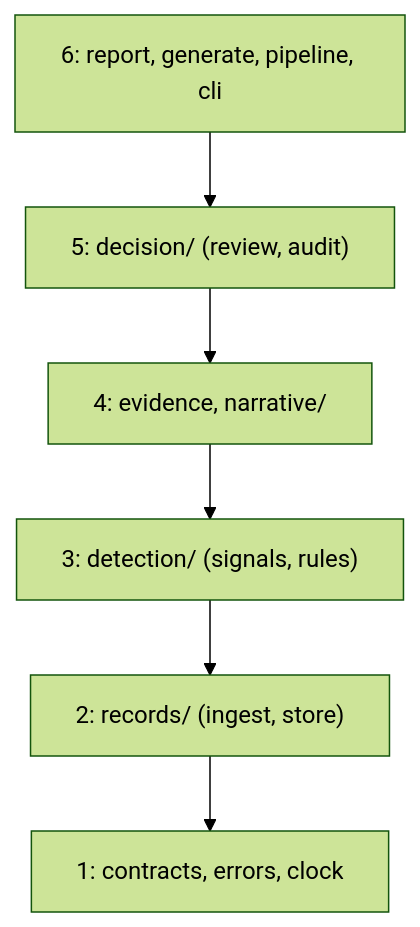
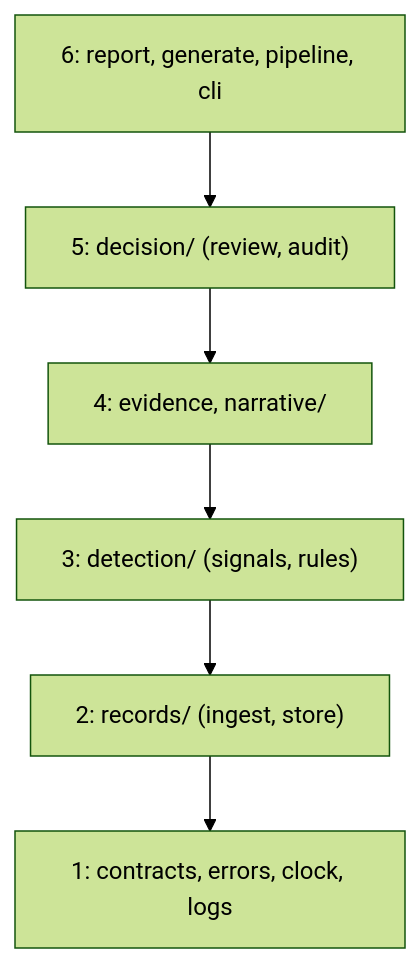
One commit to johncorrigan/westpac_mule_triage changed the diagram in evidence/design.md. Above: the diagram before and after it, drawn with Mermaid (forest theme). The commit also changed other lines of this file and 21 other files, not shown here.

````diff
--- a/evidence/design.md
+++ b/evidence/design.md
@@ -12,8 +12,8 @@
 ```mermaid
 flowchart TD
     L6["6: report, generate, pipeline, cli"] --> L5["5: decision/ (review, audit)"]
     L5 --> L4["4: evidence, narrative/"]
     L4 --> L3["3: detection/ (signals, rules)"]
     L3 --> L2["2: records/ (ingest, store)"]
-    L2 --> L1["1: contracts, errors, clock"]
+    L2 --> L1["1: contracts, errors, clock, logs"]
 ```
````
